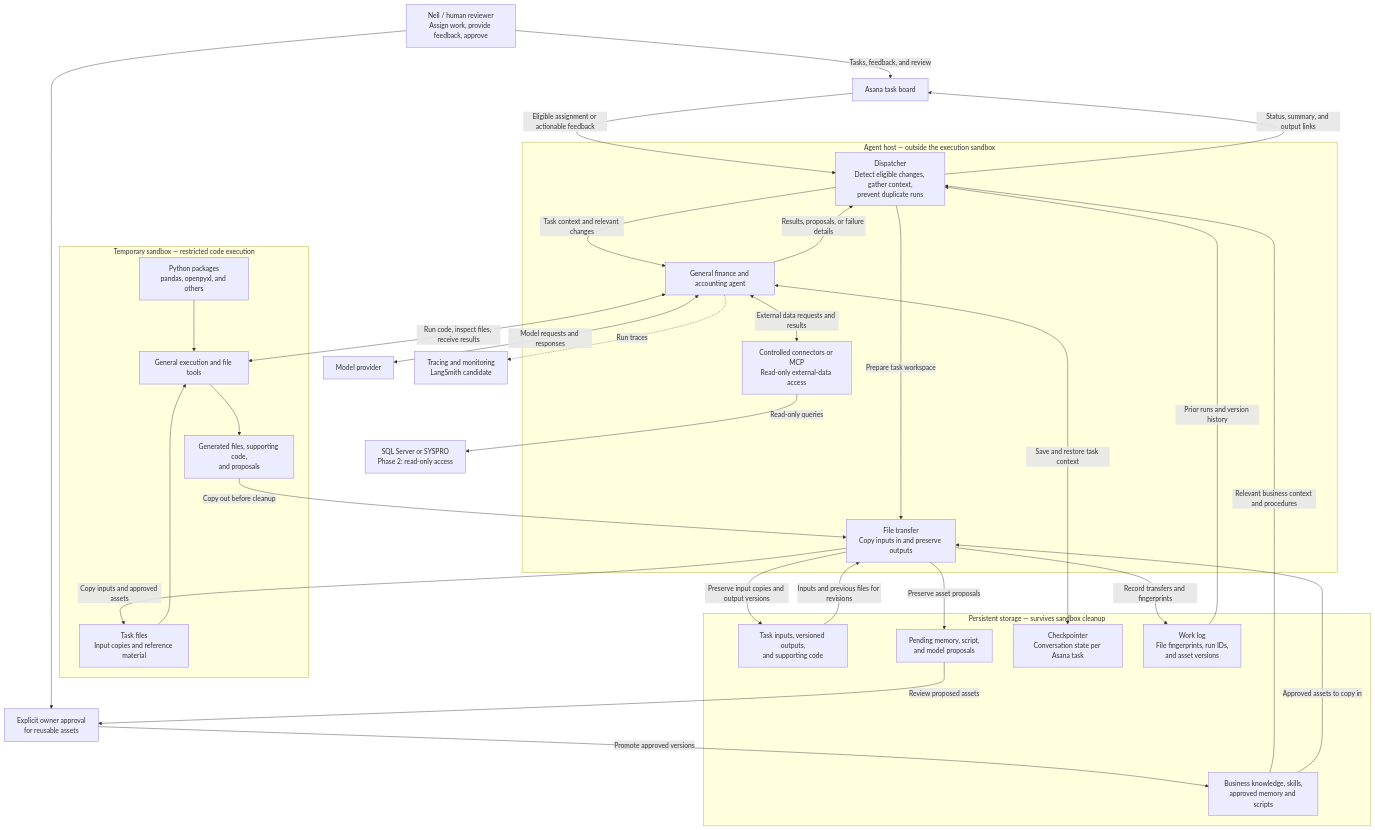
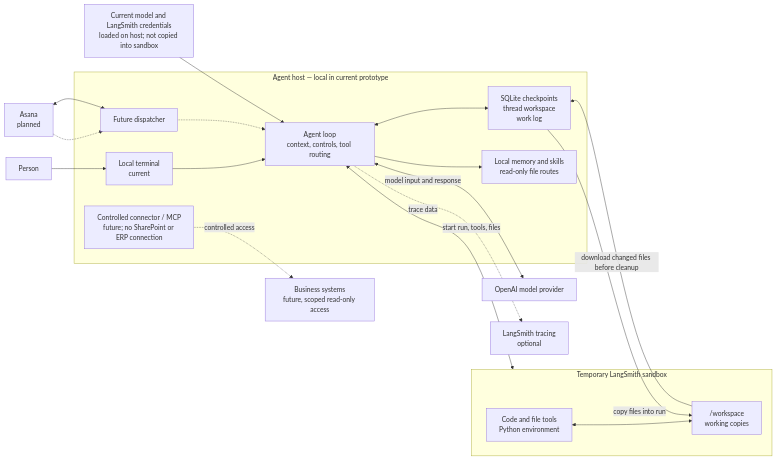
One commit to neil-yee/accounting-finance-agent changed the fourth of 4 diagrams in docs/architecture.md. Above: the diagram before and after it, drawn with Mermaid. The commit also changed other lines of this file and 6 other files, not shown here.

````diff
--- a/docs/architecture.md
+++ b/docs/architecture.md
@@ -9,65 +126,36 @@
 ```mermaid
-flowchart TB
-    human["Neil / human reviewer<br/>Assign work, provide feedback, approve"]
-    asana["Asana task board"]
-    model["Model provider"]
-    tracing["Tracing and monitoring<br/>LangSmith candidate"]
-    erp["SQL Server or SYSPRO<br/>Phase 2: read-only access"]
-    approval["Explicit owner approval<br/>for reusable assets"]
+flowchart LR
+    PERSON["Person"] --> TERMINAL["Local terminal<br/>current"]
+    ASANA["Asana<br/>planned"] -.-> DISPATCH["Future dispatcher"]
 
-    subgraph host["Agent host — outside the execution sandbox"]
-        dispatcher["Dispatcher<br/>Detect eligible changes, gather context,<br/>prevent duplicate runs"]
-        agent["General finance and accounting agent"]
-        connector["Controlled connectors or MCP<br/>Read-only external-data access"]
-        transfer["File transfer<br/>Copy inputs in and preserve outputs"]
-
-        dispatcher -->|"Task context and relevant changes"| agent
-        agent -->|"Results, proposals, or failure details"| dispatcher
-        dispatcher -->|"Prepare task workspace"| transfer
-        agent <-->|"External data requests and results"| connector
+    subgraph HOST["Agent host — local in current prototype"]
+      TERMINAL --> AGENT["Agent loop<br/>context, controls, tool routing"]
+      DISPATCH -.-> AGENT
+      STORE["SQLite checkpoints<br/>thread workspace<br/>work log"]
+      REFS["Local memory and skills<br/>read-only file routes"]
+      CONNECT["Controlled connector / MCP<br/>future; no SharePoint or ERP connection"]
+      AGENT <--> STORE
+      AGENT --> REFS
     end
 
-    subgraph sandbox["Temporary sandbox — restricted code execution"]
-        inputs["Task files<br/>Input copies and reference material"]
-        packages["Python packages<br/>pandas, openpyxl, and others"]
-        execution["General execution and file tools"]
-        outputs["Generated files, supporting code,<br/>and proposals"]
+    MODEL["OpenAI model provider"]
+    TRACE["LangSmith tracing<br/>optional"]
+    AGENT <-->|"model input and response"| MODEL
+    AGENT -.->|"trace data"| TRACE
 
-        inputs --> execution
-        packages --> execution
-        execution --> outputs
+    subgraph REMOTE["Temporary LangSmith sandbox"]
+      EXEC["Code and file tools<br/>Python environment"]
+      WS["/workspace<br/>working copies"]
+      EXEC <--> WS
     end
+    AGENT <-->|"start run, tools, files"| REMOTE
+    STORE -->|"copy files into run"| WS
+    WS -->|"download changed files before cleanup"| STORE
 
-    subgraph storage["Persistent storage — survives sandbox cleanup"]
-        artifacts["Task inputs, versioned outputs,<br/>and supporting code"]
-        pending["Pending memory, script,<br/>and model proposals"]
-        checkpoint["Checkpointer<br/>Conversation state per Asana task"]
-        worklog["Work log<br/>File fingerprints, run IDs,<br/>and asset versions"]
-        approved["Business knowledge, skills,<br/>approved memory and scripts"]
-    end
+    EXTERNAL["Business systems<br/>future, scoped read-only access"]
+    CONNECT -.->|"controlled access"| EXTERNAL
+    ASANA <--> DISPATCH
 
-    human -->|"Tasks, feedback, and review"| asana
-    asana -->|"Eligible assignment or actionable feedback"| dispatcher
-    dispatcher -->|"Status, summary, and output links"| asana
-
-    agent <-->|"Model requests and responses"| model
-    agent -.->|"Run traces"| tracing
-    connector -->|"Read-only queries"| erp
-
-    transfer -->|"Copy inputs and approved assets"| inputs
-    agent <-->|"Run code, inspect files, receive results"| execution
-    outputs -->|"Copy out before cleanup"| transfer
-
-    artifacts -->|"Inputs and previous files for revisions"| transfer
-    transfer -->|"Preserve input copies and output versions"| artifacts
-    transfer -->|"Preserve asset proposals"| pending
-    transfer -->|"Record transfers and fingerprints"| worklog
-    agent <-->|"Save and restore task context"| checkpoint
-    worklog -->|"Prior runs and version history"| dispatcher
-    approved -->|"Relevant business context and procedures"| dispatcher
-    approved -->|"Approved assets to copy in"| transfer
-
-    human --> approval
-    pending -->|"Review proposed assets"| approval
-    approval -->|"Promote approved versions"| approved
+    CREDENTIALS["Current model and LangSmith credentials<br/>loaded on host; not copied into sandbox"]
+    CREDENTIALS --> AGENT
 ```
````
